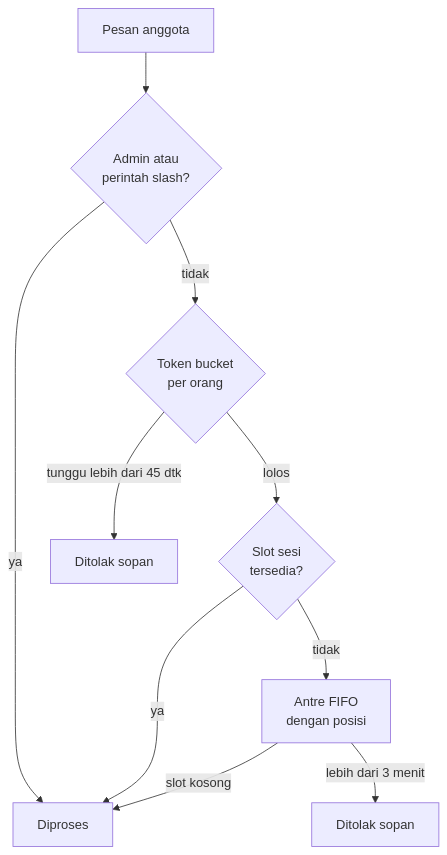
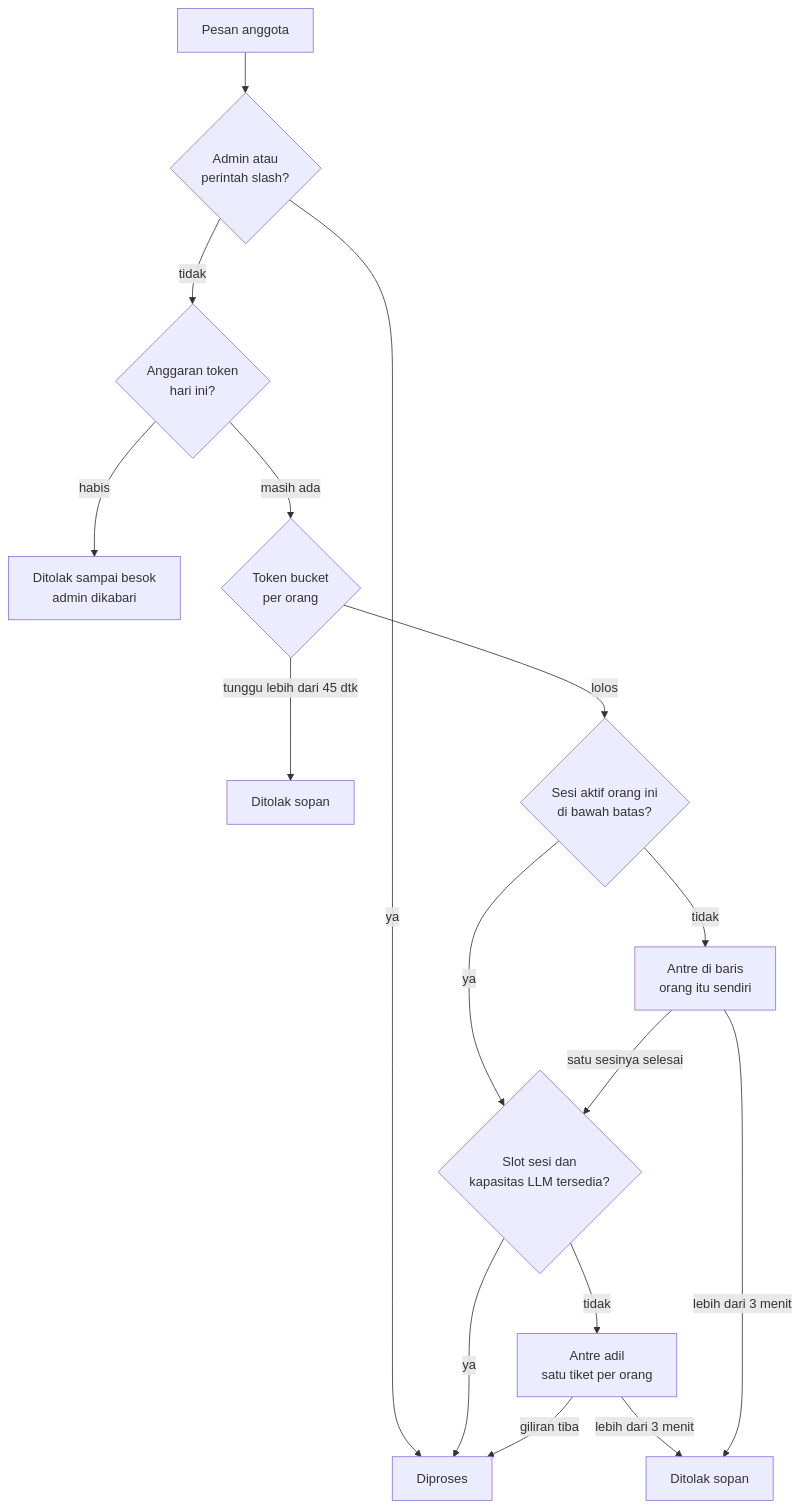
One commit to soumabali/be-hermes changed the seventh of 8 diagrams in README.md. Above: the diagram before and after it, drawn with Mermaid. The commit also changed other lines of this file and 2 other files, not shown here.

````diff
--- a/README.md
+++ b/README.md
@@ -782,12 +787,18 @@
 ```mermaid
 flowchart TD
     M["Pesan anggota"] --> ADM{"Admin atau<br/>perintah slash?"}
     ADM -- ya --> RUN["Diproses"]
-    ADM -- tidak --> RL{"Token bucket<br/>per orang"}
+    ADM -- tidak --> BG{"Anggaran token<br/>hari ini?"}
+    BG -- "habis" --> NO0["Ditolak sampai besok<br/>admin dikabari"]
+    BG -- "masih ada" --> RL{"Token bucket<br/>per orang"}
     RL -- "tunggu lebih dari 45 dtk" --> NO1["Ditolak sopan"]
-    RL -- lolos --> Q{"Slot sesi<br/>tersedia?"}
+    RL -- lolos --> UC{"Sesi aktif orang ini<br/>di bawah batas?"}
+    UC -- tidak --> WU["Antre di baris<br/>orang itu sendiri"]
+    UC -- ya --> Q{"Slot sesi dan<br/>kapasitas LLM tersedia?"}
+    WU -- "satu sesinya selesai" --> Q
     Q -- ya --> RUN
-    Q -- tidak --> W["Antre FIFO<br/>dengan posisi"]
-    W -- "slot kosong" --> RUN
+    Q -- tidak --> W["Antre adil<br/>satu tiket per orang"]
+    W -- "giliran tiba" --> RUN
     W -- "lebih dari 3 menit" --> NO2["Ditolak sopan"]
+    WU -- "lebih dari 3 menit" --> NO2
 ```
````
